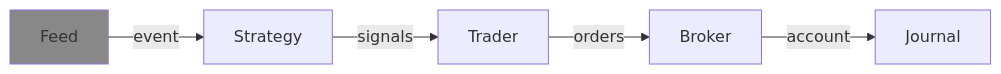
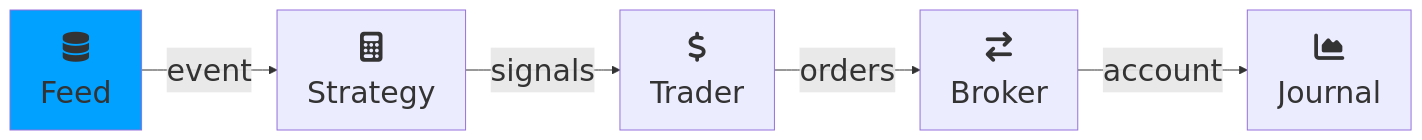
One commit to neurallayer/roboquant.py changed the diagram in docs/core/feed.md. Above: the diagram before and after it, drawn with Mermaid. The commit also changed 9 other files, not shown here.

Commit message:
better diagram

````diff
--- a/docs/core/feed.md
+++ b/docs/core/feed.md
@@ -8,13 +8,15 @@
 ```mermaid
+---
+config:
+    themeVariables:
+        fontSize: '30px'
+---
 flowchart LR
- 
-    Feed["Feed"]
-    Strategy["Strategy"]
-    Trader["Trader"]
-    Broker["Broker"]
-    Journal["Journal"]
-    
-    Feed -- event --> Strategy -- signals --> Trader -- orders --> Broker -- account --> Journal 
-
-    style Feed fill:#888
+    Feed["fa:fa-database<br>Feed"]:::active
+    Strategy["fa:fa-calculator<br>Strategy"]
+    Trader["fa:fa-dollar<br>Trader"]
+    Broker["fa:fa-exchange<br>Broker"]
+    Journal["fa:fa-area-chart<br>Journal"]
+    Feed -- event --> Strategy -- signals --> Trader -- orders --> Broker -- account --> Journal
+    classDef active fill:#00A1FF
 ```
````
